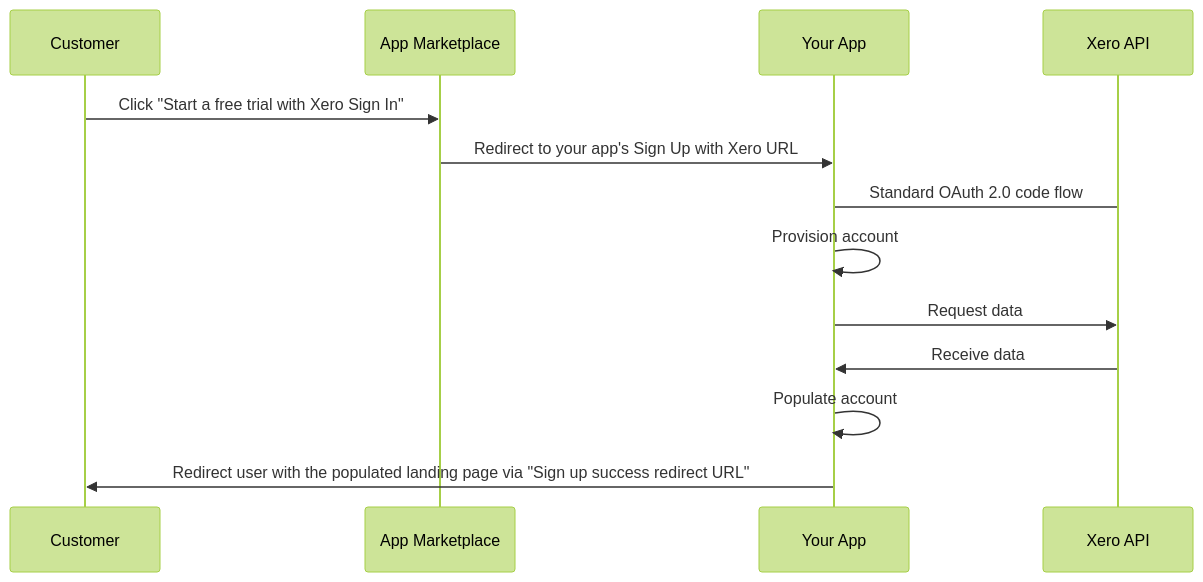
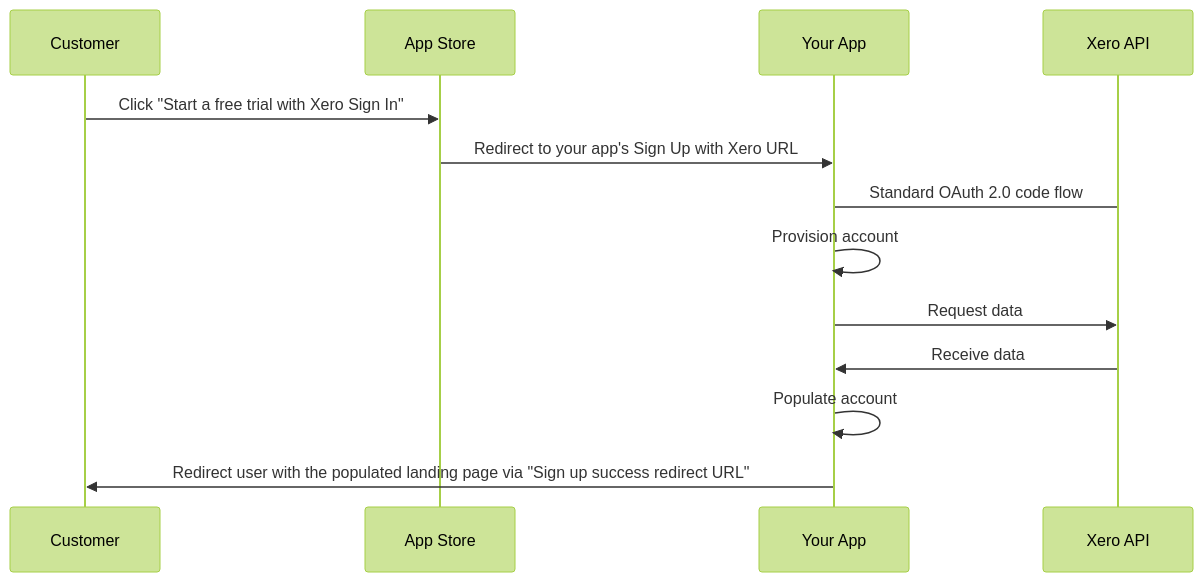
One commit to codatio/codat-docs changed the diagram in docs/integrations/accounting/xero/xero-sign-up-flow.md. Above: the diagram before and after it, drawn with Mermaid (forest theme). The commit also changed other lines of this file, not shown here.

````diff
--- a/docs/integrations/accounting/xero/xero-sign-up-flow.md
+++ b/docs/integrations/accounting/xero/xero-sign-up-flow.md
@@ -22,15 +22,15 @@
 ``` mermaid
   sequenceDiagram
    participant cust as Customer
-    participant appm as App Marketplace 
+    participant appm as App Store 
     participant yapp as Your App
     participant xapi as Xero API
     cust ->> appm: Click "Start a free trial with Xero Sign In"
     appm ->> yapp: Redirect to your app's Sign Up with Xero URL
     yapp -> xapi: Standard OAuth 2.0 code flow
     yapp ->> yapp: Provision account
     yapp ->> xapi: Request data
     xapi ->> yapp: Receive data
     yapp ->> yapp: Populate account
     yapp ->> cust: Redirect user with the populated landing page via "Sign up success redirect URL"
 ```  
````
